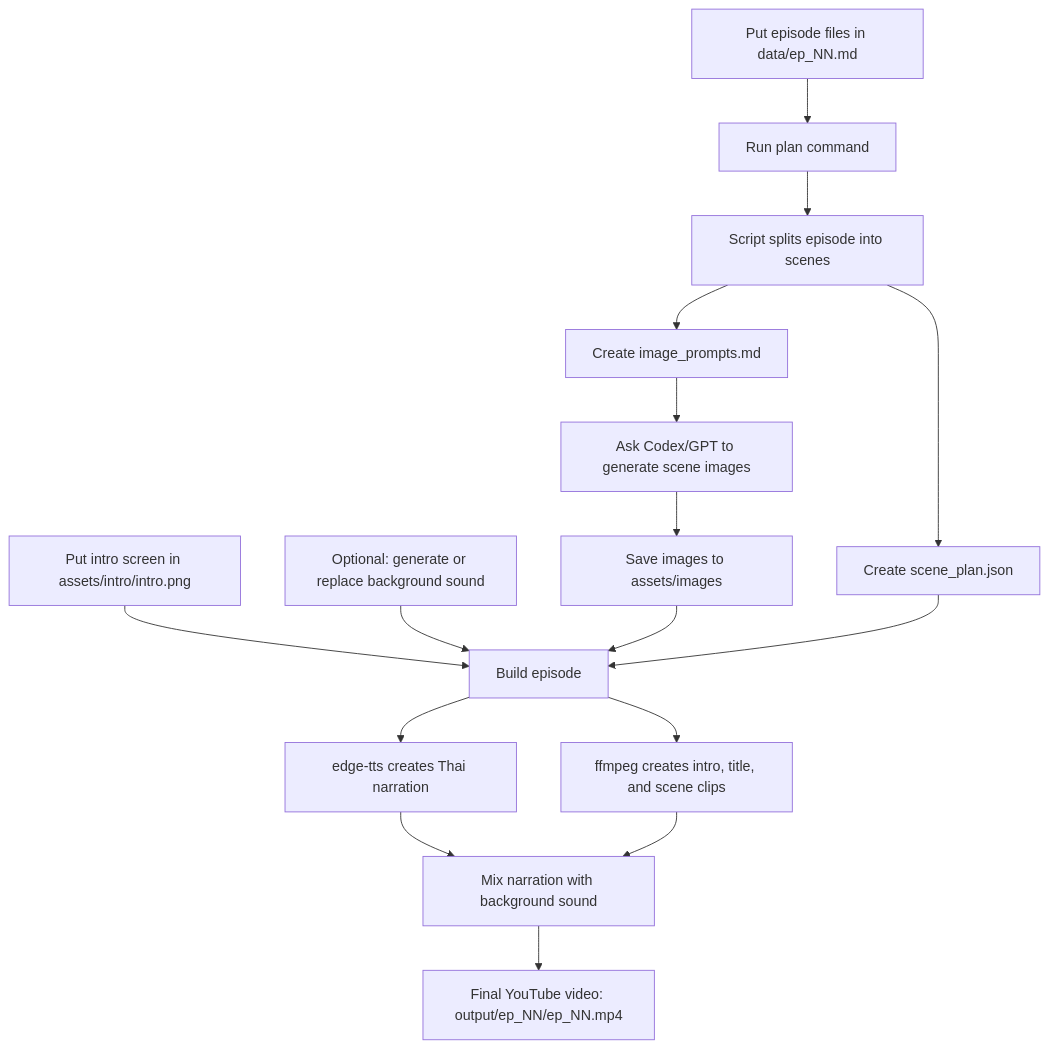
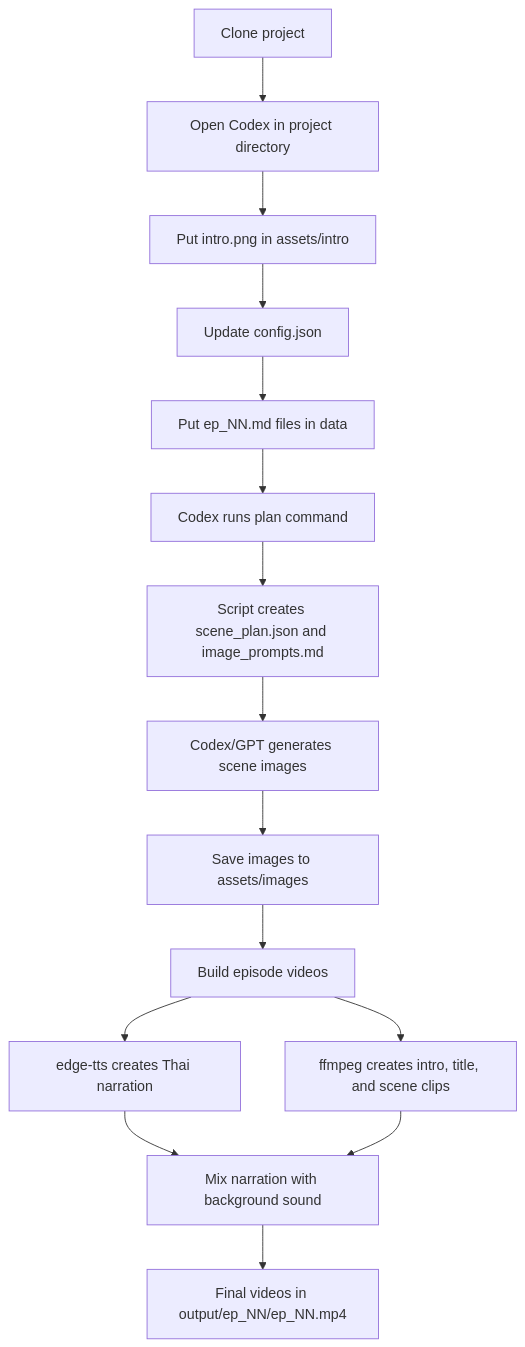
The diagram in README.md (pichpatch/thai-novel-openai), drawn with Mermaid before and after one commit. The commit also changed other lines of this file, not shown here.

````diff
--- a/README.md
+++ b/README.md
@@ -12,18 +140,17 @@
 ```mermaid
 flowchart TD
-    A["Put episode files in data/ep_NN.md"] --> B["Run plan command"]
-    B --> C["Script splits episode into scenes"]
-    C --> D["Create scene_plan.json"]
-    C --> E["Create image_prompts.md"]
-    E --> F["Ask Codex/GPT to generate scene images"]
-    F --> G["Save images to assets/images"]
-    H["Put intro screen in assets/intro/intro.png"] --> I["Build episode"]
-    J["Optional: generate or replace background sound"] --> I
-    G --> I
-    D --> I
-    I --> K["edge-tts creates Thai narration"]
-    I --> L["ffmpeg creates intro, title, and scene clips"]
+    A["Clone project"] --> B["Open Codex in project directory"]
+    B --> C["Put intro.png in assets/intro"]
+    C --> D["Update config.json"]
+    D --> E["Put ep_NN.md files in data"]
+    E --> F["Codex runs plan command"]
+    F --> G["Script creates scene_plan.json and image_prompts.md"]
+    G --> H["Codex/GPT generates scene images"]
+    H --> I["Save images to assets/images"]
+    I --> J["Build episode videos"]
+    J --> K["edge-tts creates Thai narration"]
+    J --> L["ffmpeg creates intro, title, and scene clips"]
     K --> M["Mix narration with background sound"]
     L --> M
-    M --> N["Final YouTube video: output/ep_NN/ep_NN.mp4"]
+    M --> N["Final videos in output/ep_NN/ep_NN.mp4"]
 ```
````
